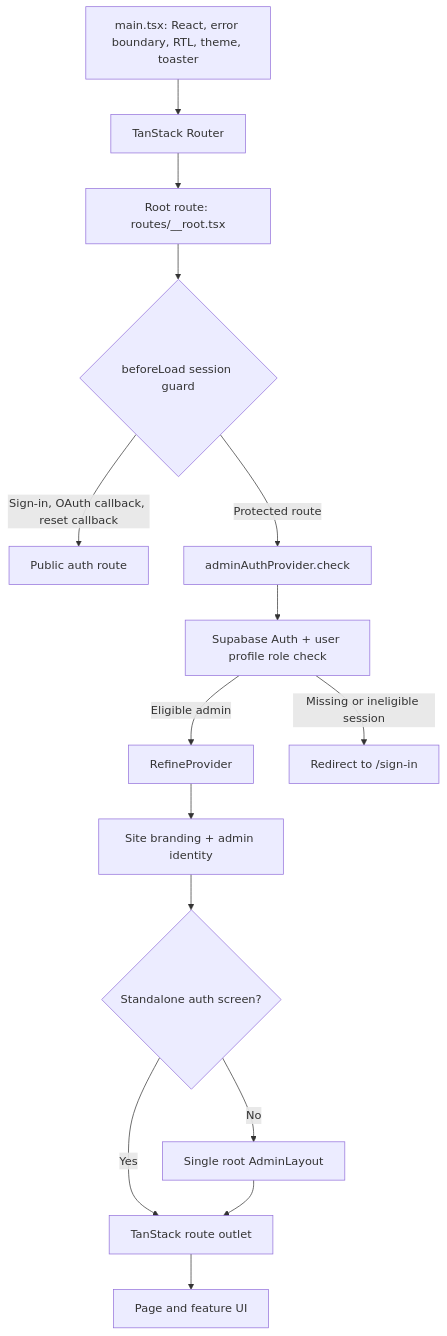
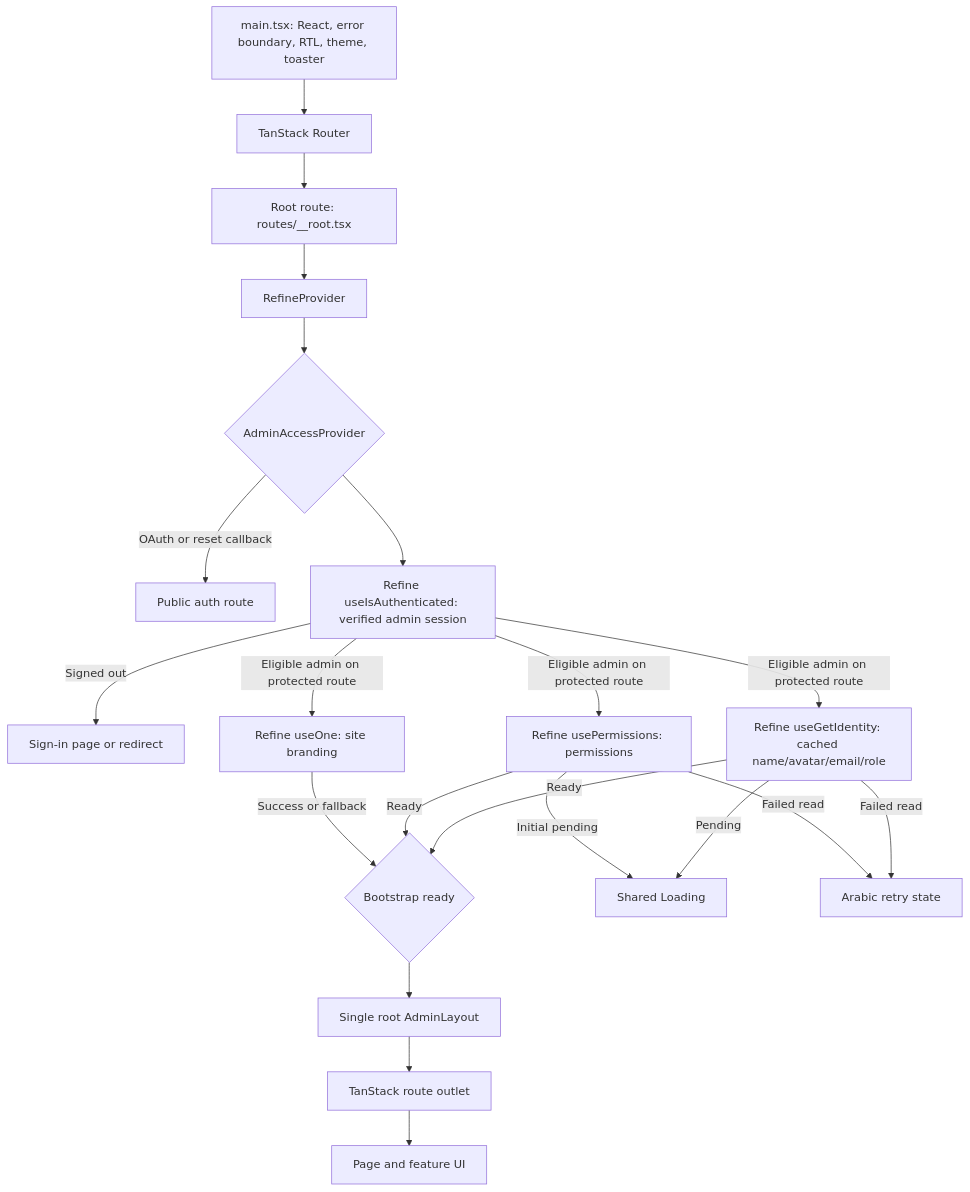
The first of 3 diagrams in admin/doc/application-architecture.md (TechBokra/Alrehla_T), drawn with Mermaid before and after one commit. The commit also changed other lines of this file and 27 other files, not shown here.

Commit message:
feat: refactor admin access control architecture and add implementation rules

````diff
--- a/admin/doc/application-architecture.md
+++ b/admin/doc/application-architecture.md
@@ -11,17 +11,23 @@
 ```mermaid
 flowchart TD
   Entry[main.tsx: React, error boundary, RTL, theme, toaster] --> Router[TanStack Router]
   Router --> Root[Root route: routes/__root.tsx]
-  Root --> Guard{beforeLoad session guard}
-  Guard -->|Sign-in, OAuth callback, reset callback| Public[Public auth route]
-  Guard -->|Protected route| Auth[adminAuthProvider.check]
-  Auth --> SupabaseAuth[Supabase Auth + user profile role check]
-  SupabaseAuth -->|Eligible admin| Refine[RefineProvider]
-  SupabaseAuth -->|Missing or ineligible session| SignIn[Redirect to /sign-in]
-  Refine --> RootContexts[Site branding + admin identity]
-  RootContexts --> Shell{Standalone auth screen?}
-  Shell -->|No| AdminShell[Single root AdminLayout]
-  Shell -->|Yes| Outlet[TanStack route outlet]
-  AdminShell --> Outlet
+  Root --> Refine[RefineProvider]
+  Refine --> Gate{AdminAccessProvider}
+  Gate -->|OAuth or reset callback| Public[Public auth route]
+  Gate --> Auth[Refine useIsAuthenticated: verified admin session]
+  Auth -->|Signed out| SignIn[Sign-in page or redirect]
+  Auth -->|Eligible admin on protected route| Permissions[Refine usePermissions: permissions]
+  Auth -->|Eligible admin on protected route| Identity[Refine useGetIdentity: cached name/avatar/email/role]
+  Identity -->|Ready| Ready
+  Identity -->|Pending| Loading
+  Identity -->|Failed read| Retry
+  Auth -->|Eligible admin on protected route| Branding[Refine useOne: site branding]
+  Permissions -->|Initial pending| Loading[Shared Loading]
+  Permissions -->|Failed read| Retry[Arabic retry state]
+  Permissions -->|Ready| Ready{Bootstrap ready}
+  Branding -->|Success or fallback| Ready
+  Ready --> AdminShell[Single root AdminLayout]
+  AdminShell --> Outlet[TanStack route outlet]
   Outlet --> Feature[Page and feature UI]
 ```
````
